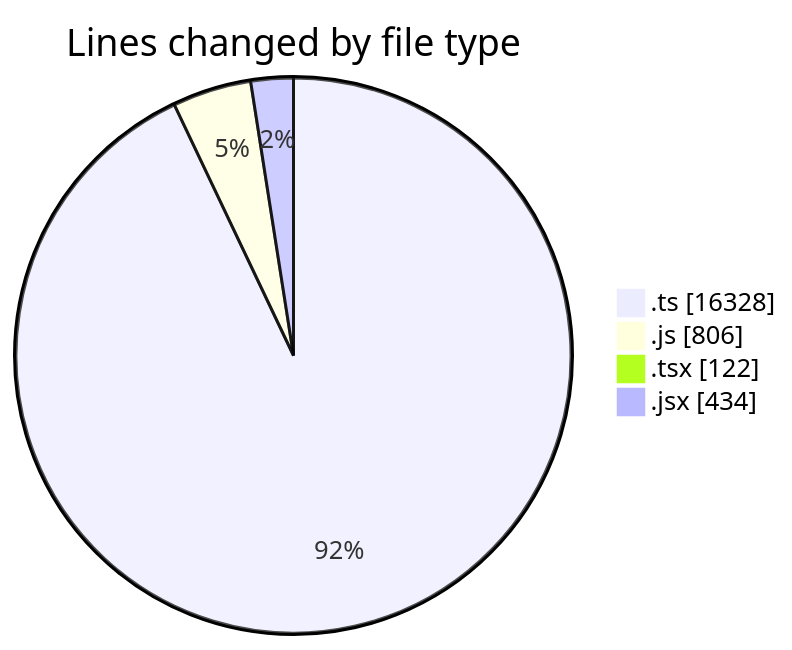
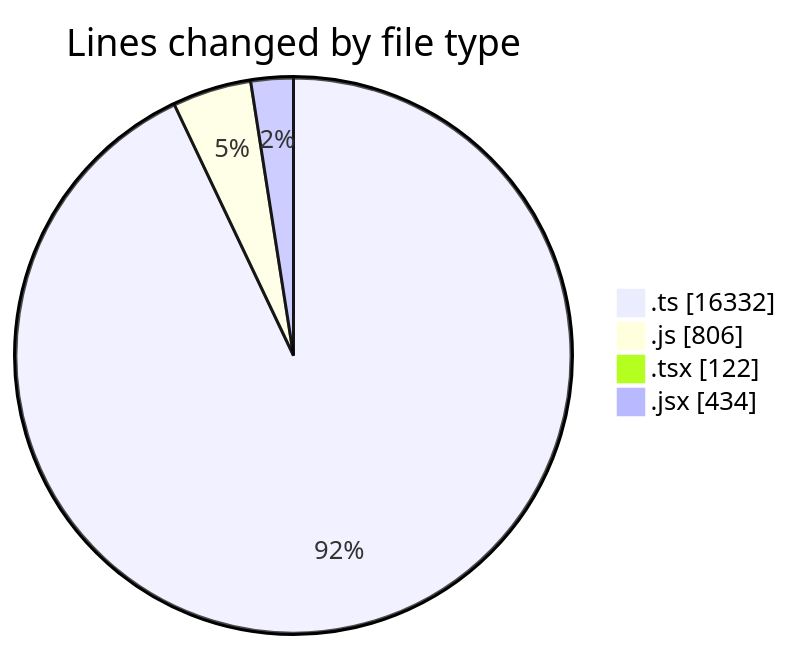
One commit to momahboobian/code-tracking changed the first of 2 diagrams in 2025-11-12/cda/README.md. Above: the diagram before and after it, drawn with Mermaid. The commit also changed other lines of this file and 1 other file, not shown here.

````diff
--- a/2025-11-12/cda/README.md
+++ b/2025-11-12/cda/README.md
@@ -33,8 +33,8 @@
 ```mermaid
 pie showData
 title Lines changed by file type
-".ts" : 16328
+".ts" : 16332
 ".js" : 806
 ".tsx" : 122
 ".jsx" : 434
 ```
````
